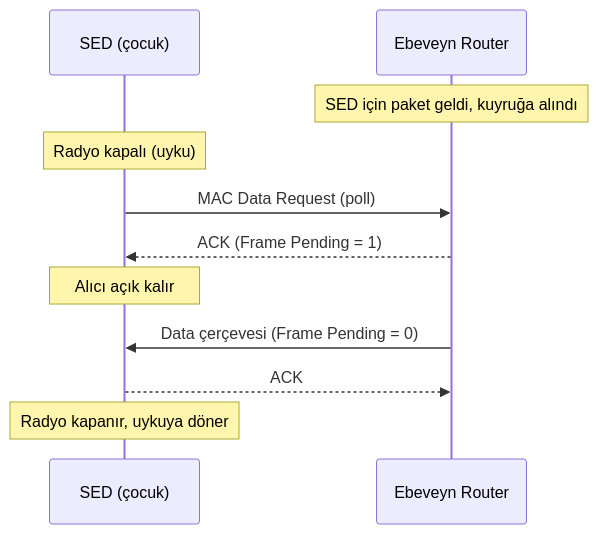
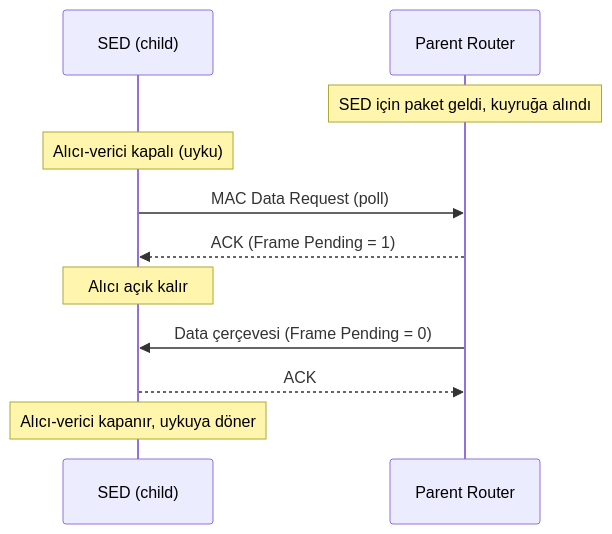
One commit to Berkancelik/thread-architecture changed the second of 2 diagrams in bolumler/04-mac.md. Above: the diagram before and after it, drawn with Mermaid. The commit also changed other lines of this file and 31 other files, not shown here.

````diff
--- a/bolumler/04-mac.md
+++ b/bolumler/04-mac.md
@@ -156,13 +156,13 @@
 ```mermaid
 sequenceDiagram
-    participant SED as SED (çocuk)
-    participant P as Ebeveyn Router
+    participant SED as SED (child)
+    participant P as Parent Router
     Note over P: SED için paket geldi, kuyruğa alındı
-    Note over SED: Radyo kapalı (uyku)
+    Note over SED: Alıcı-verici kapalı (uyku)
     SED->>P: MAC Data Request (poll)
     P-->>SED: ACK (Frame Pending = 1)
     Note over SED: Alıcı açık kalır
     P->>SED: Data çerçevesi (Frame Pending = 0)
     SED-->>P: ACK
-    Note over SED: Radyo kapanır, uykuya döner
+    Note over SED: Alıcı-verici kapanır, uykuya döner
 ```
````
